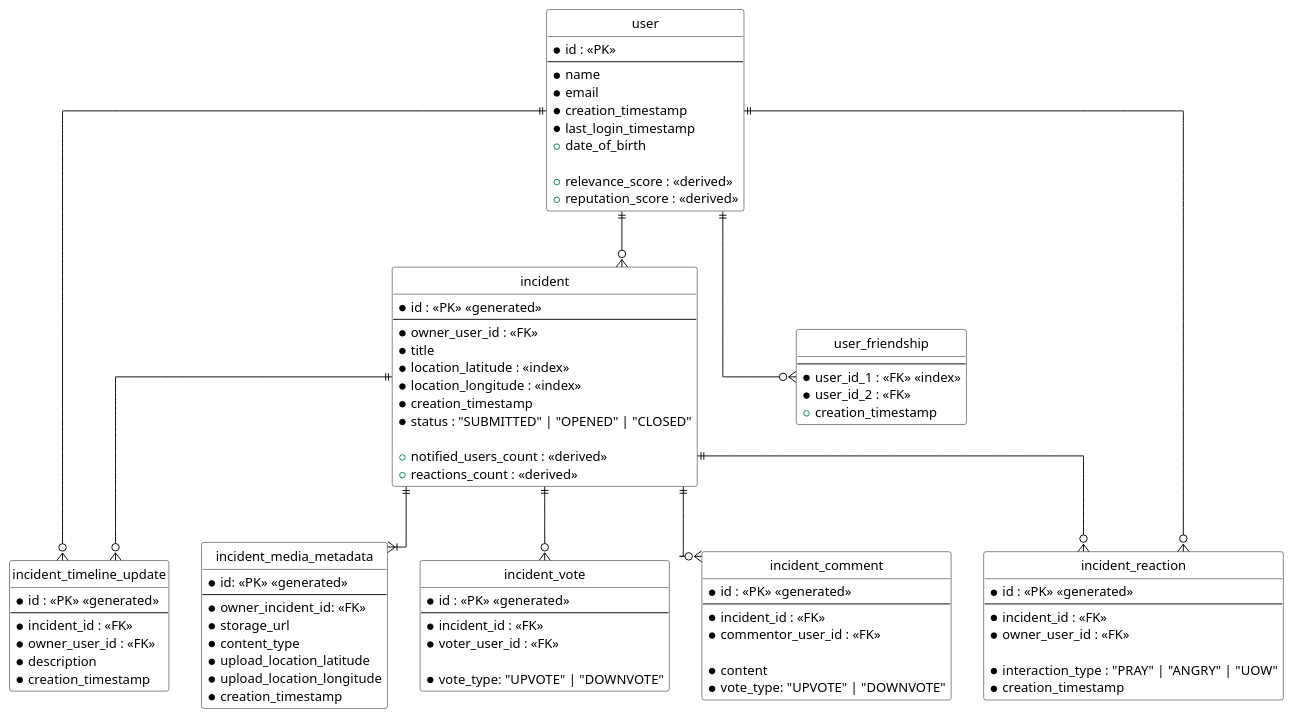
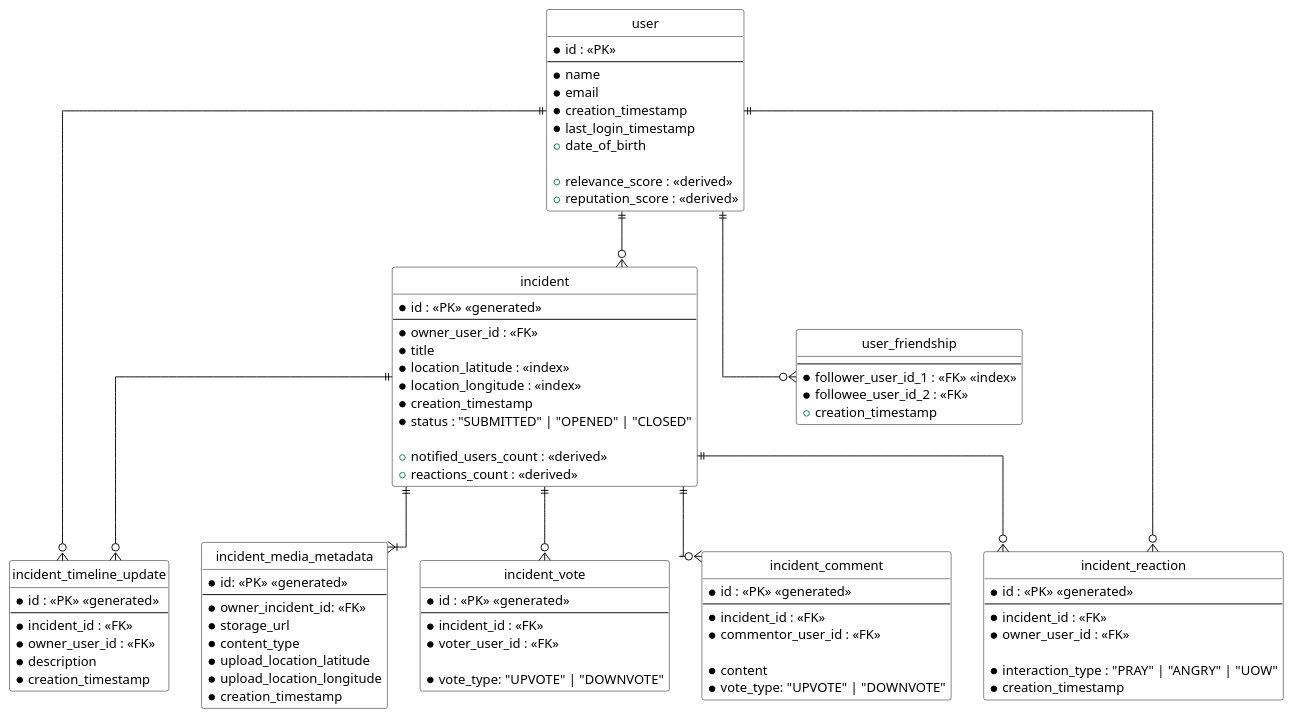
One commit to brpapa/lazarus changed the diagram in docs/diagrams/src/data-modeling.puml. Above: the diagram before and after it, drawn with PlantUML. The commit also changed other lines of this file and 4 other files, not shown here.

```diff
--- a/docs/diagrams/src/data-modeling.puml
+++ b/docs/diagrams/src/data-modeling.puml
@@ -2,121 +2,121 @@
 @startuml my-erd-diagram
 
 hide circle
 skinparam backgroundColor #FFF
 skinparam defaultFontName Helvetica
 skinparam shadowing false
 skinparam linetype ortho
 ' skinparam linetype polyline
 skinparam class {
   backgroundColor white
   borderColor black
   arrowColor black
 }
 
 ' * mandatory attribute
 ' - optional attribute
 
 entity user {
   * id : <<PK>>
   --
   * name
   * email
   * creation_timestamp
   * last_login_timestamp
   + date_of_birth
 
   + relevance_score : <<derived>>
   + reputation_score : <<derived>>
 }
 
 entity incident {
   * id : <<PK>> <<generated>>
   --
   * owner_user_id : <<FK>>
   * title
   * location_latitude : <<index>>
   * location_longitude : <<index>>
   * creation_timestamp
   * status : "SUBMITTED" | "OPENED" | "CLOSED"
   
   + notified_users_count : <<derived>>
   + reactions_count : <<derived>>
 }
 
 ' image/video metadata 
 entity incident_media_metadata {
   * id: <<PK>> <<generated>>
   --
   * owner_incident_id: <<FK>>
   * storage_url
   * content_type 
   * upload_location_latitude
   * upload_location_longitude
   * creation_timestamp
 }
 
 entity incident_timeline_update {
   * id : <<PK>> <<generated>>
   --
   * incident_id : <<FK>>
   * owner_user_id : <<FK>>
   * description
   * creation_timestamp
 }
 
 ' todo: pra dizer a relevancia do incidente?
 entity incident_reaction {
   *id : <<PK>> <<generated>>
   --
   * incident_id : <<FK>>
   * owner_user_id : <<FK>>
 
   * interaction_type : "PRAY" | "ANGRY" | "UOW"
   * creation_timestamp
 }
 
 ' todo: pra dizer reputacao do usuario criador?
 entity incident_vote {
   *id : <<PK>> <<generated>>
   --
   * incident_id : <<FK>>
   * voter_user_id : <<FK>>
 
   * vote_type: "UPVOTE" | "DOWNVOTE"
 }
 
 entity incident_comment {
   *id : <<PK>> <<generated>>
   --
   * incident_id : <<FK>>
   * commentor_user_id : <<FK>>
 
   * content
   * vote_type: "UPVOTE" | "DOWNVOTE"
 }
 
 ' no registro, se a e b sao amigos, armazenar duplicado (linha a,b; linha b,a;) pra que só precise que uma coluna seja indice
 entity user_friendship {
   --
-  * user_id_1 : <<FK>> <<index>>
-  * user_id_2 : <<FK>>
+  * follower_user_id_1 : <<FK>> <<index>>
+  * followee_user_id_2 : <<FK>>
   + creation_timestamp
 }
 
 ' relationships
 ' |o-- zero or one	
 ' ||-- exactly one	
 ' }o-- zero or many	
 ' }|-- one or many	
 
 incident ||--|{ incident_media_metadata
 incident ||--o{ incident_timeline_update
 incident ||--o{ incident_reaction
 incident ||--o{ incident_vote
 incident ||--o{ incident_comment
 user ||--o{ incident
 user ||--o{ incident_timeline_update
 user ||--o{ incident_reaction
 user ||--o{ user_friendship
 
 @enduml
```
